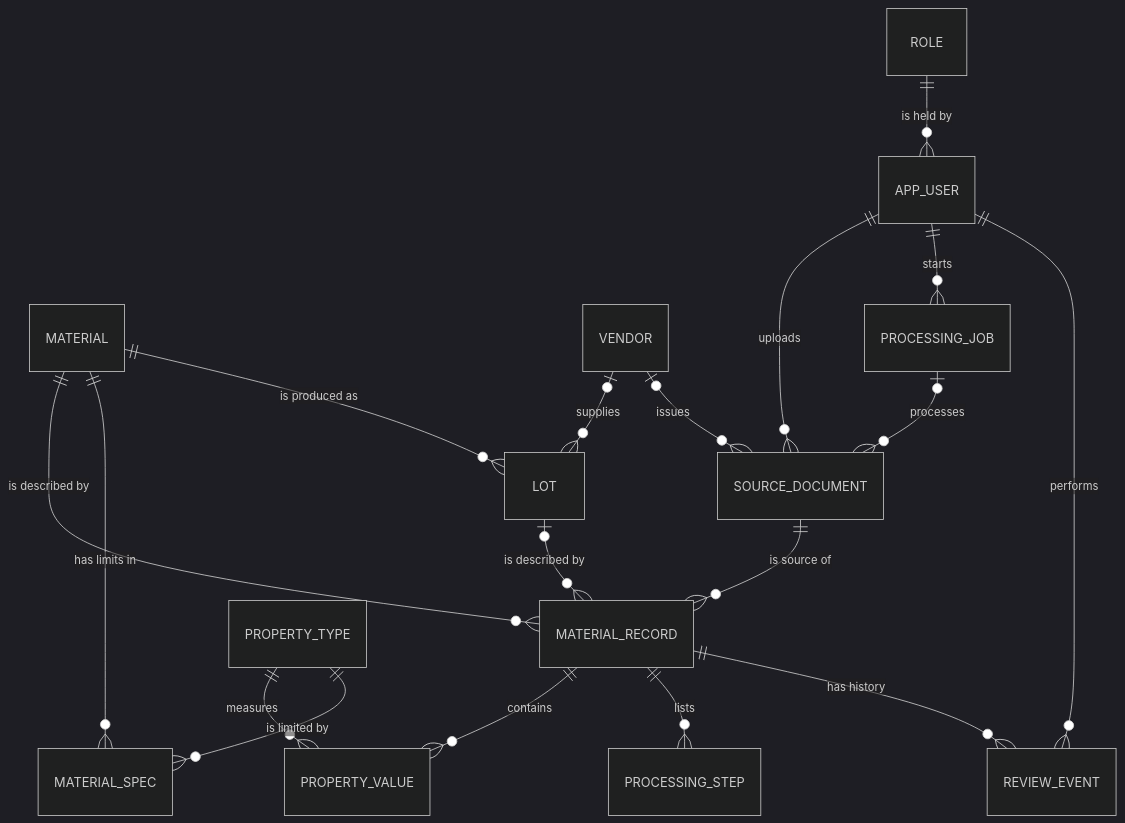
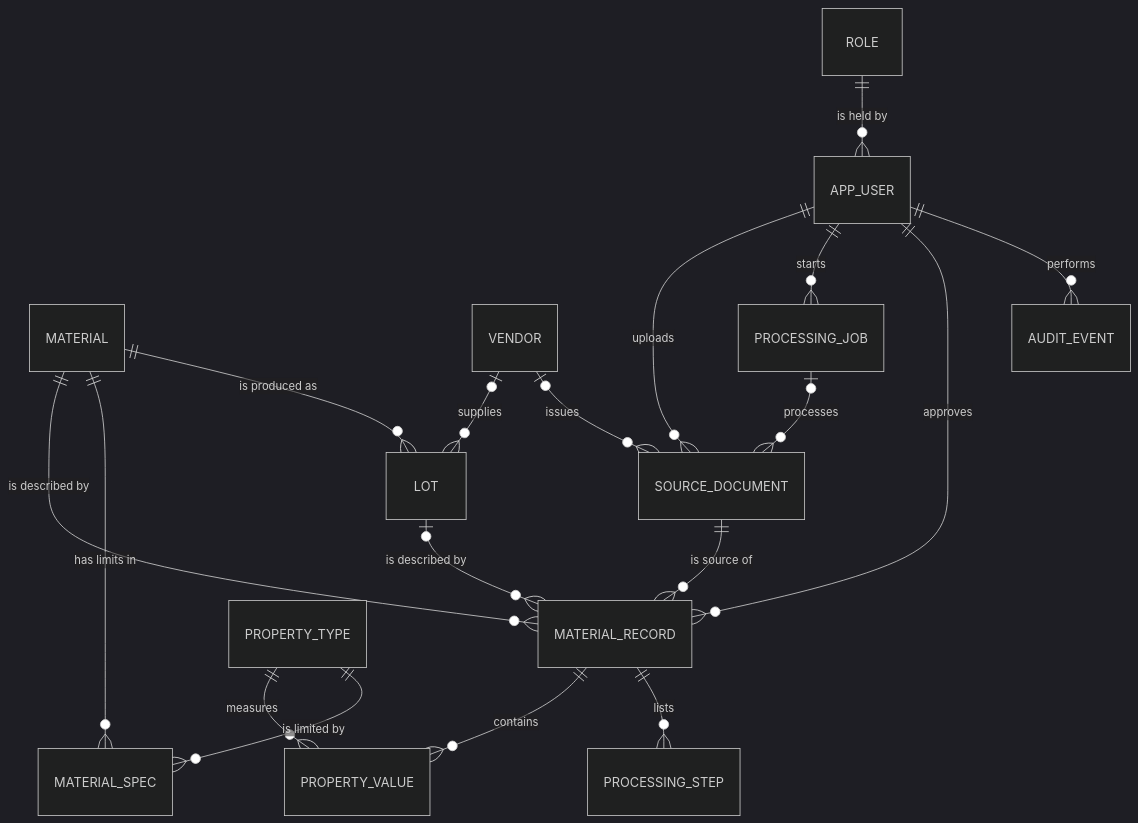
One commit to CPSC490-Team-Proj/CPSC490-G07-MightyMorphin changed the first of 2 diagrams in docs/design/er-diagram.md. Above: the diagram before and after it, drawn with Mermaid (dark theme). The commit also changed other lines of this file and 18 other files, not shown here.

First line of the commit message:
Reconcile diagrams and tech stack with team decisions (#78)

````diff
--- a/docs/design/er-diagram.md
+++ b/docs/design/er-diagram.md
@@ -19,20 +23,20 @@
 ```mermaid
 erDiagram
   SOURCE_DOCUMENT ||--o{ MATERIAL_RECORD : "is source of"
   MATERIAL ||--o{ MATERIAL_RECORD : "is described by"
   LOT |o--o{ MATERIAL_RECORD : "is described by"
   MATERIAL_RECORD ||--o{ PROPERTY_VALUE : "contains"
   MATERIAL_RECORD ||--o{ PROCESSING_STEP : "lists"
-  MATERIAL_RECORD ||--o{ REVIEW_EVENT : "has history"
   PROPERTY_TYPE ||--o{ PROPERTY_VALUE : "measures"
   PROPERTY_TYPE ||--o{ MATERIAL_SPEC : "is limited by"
   MATERIAL ||--o{ MATERIAL_SPEC : "has limits in"
   MATERIAL ||--o{ LOT : "is produced as"
   VENDOR |o--o{ LOT : "supplies"
   VENDOR |o--o{ SOURCE_DOCUMENT : "issues"
   PROCESSING_JOB |o--o{ SOURCE_DOCUMENT : "processes"
   APP_USER ||--o{ SOURCE_DOCUMENT : "uploads"
   APP_USER ||--o{ PROCESSING_JOB : "starts"
-  APP_USER ||--o{ REVIEW_EVENT : "performs"
+  APP_USER ||--o{ MATERIAL_RECORD : "approves"
+  APP_USER ||--o{ AUDIT_EVENT : "performs"
   ROLE ||--o{ APP_USER : "is held by"
 ```
````
